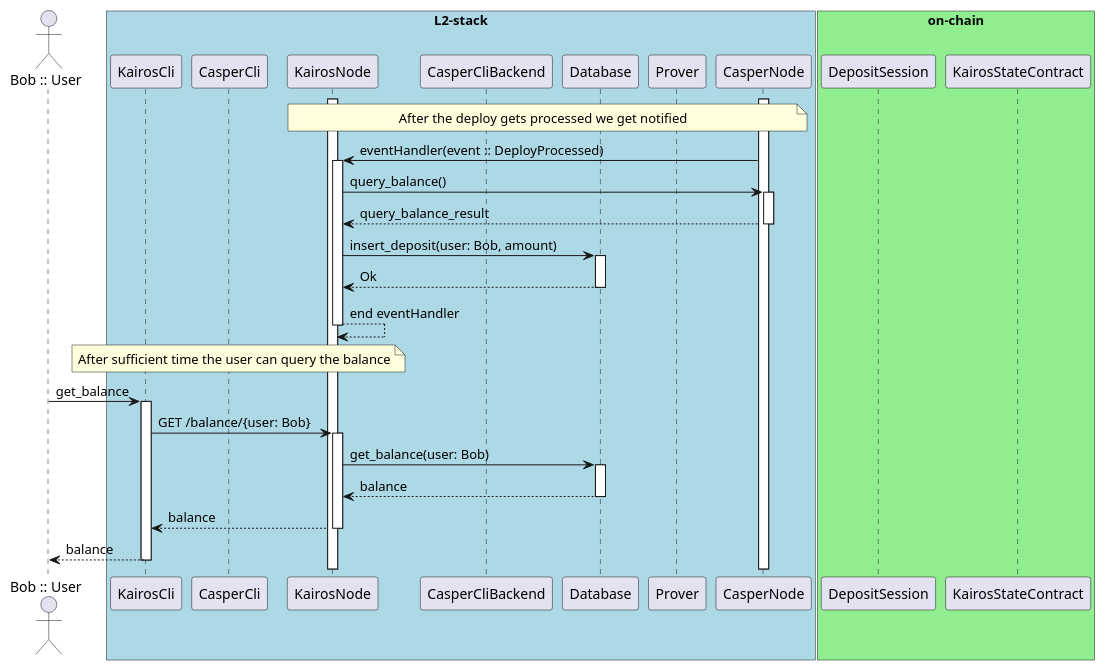
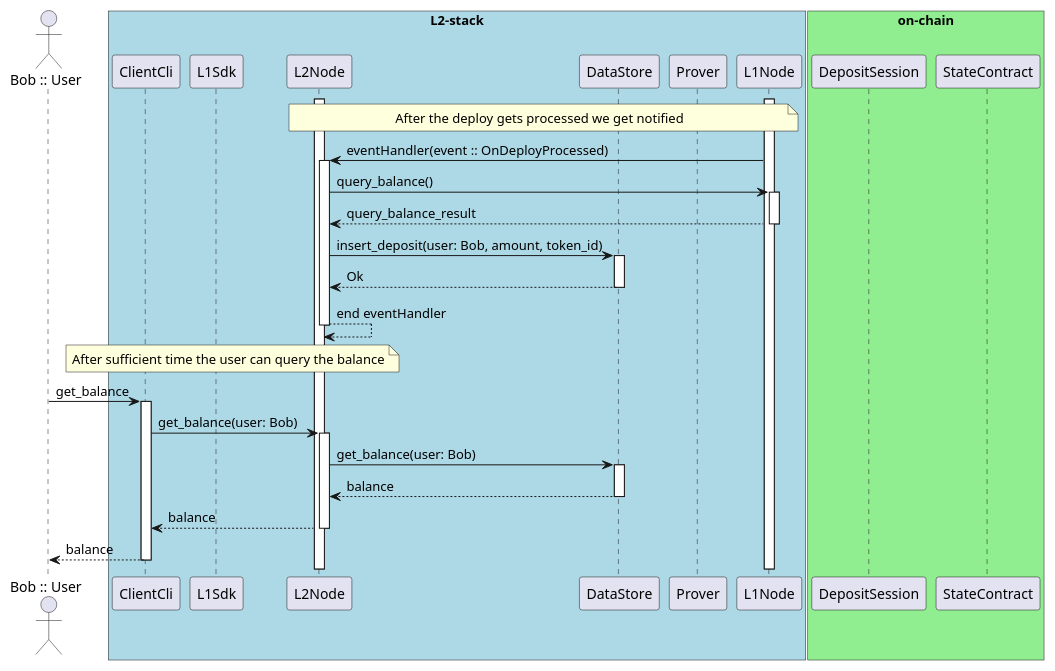
One commit to cspr-rad/kairos-spec changed the diagram in diagrams/deposit_sequence_diagram_notify_l2.puml. Above: the diagram before and after it, drawn with PlantUML. The commit also changed 6 other files, not shown here.

Commit message:
diagrams: update

```diff
--- a/diagrams/deposit_sequence_diagram_notify_l2.puml
+++ b/diagrams/deposit_sequence_diagram_notify_l2.puml
@@ -1,43 +1,42 @@
 @startuml
 autoactivate on
 actor "Bob :: User" as Bob
 box "L2-stack" #LightBlue
-participant KairosCli
-participant CasperCli
-participant KairosNode
-participant CasperCliBackend
-participant Database
+participant ClientCli
+participant L1Sdk
+participant L2Node
+participant DataStore
 participant Prover
-participant CasperNode
+participant L1Node
 end box
 box "on-chain" #LightGreen
 participant DepositSession
-participant KairosStateContract
+participant StateContract
 end box
 
-activate CasperNode
-activate KairosNode
+activate L1Node
+activate L2Node
 
-note over CasperNode, KairosNode
+note over L1Node, L2Node
 After the deploy gets processed we get notified
 end note
 
-CasperNode -> KairosNode: eventHandler(event :: DeployProcessed)
-KairosNode -> CasperNode: query_balance()
-CasperNode --> KairosNode: query_balance_result
+L1Node -> L2Node: eventHandler(event :: OnDeployProcessed)
+L2Node -> L1Node: query_balance()
+L1Node --> L2Node: query_balance_result
 
-KairosNode -> Database: insert_deposit(user: Bob, amount)
-Database --> KairosNode: Ok
-KairosNode --> KairosNode: end eventHandler
+L2Node -> DataStore: insert_deposit(user: Bob, amount, token_id)
+DataStore --> L2Node: Ok
+L2Node --> L2Node: end eventHandler
 
-note over KairosCli, KairosNode
+note over ClientCli, L2Node
 After sufficient time the user can query the balance
 end note
-Bob -> KairosCli: get_balance
-KairosCli -> KairosNode: GET /balance/{user: Bob}
-KairosNode -> Database: get_balance(user: Bob)
-Database --> KairosNode: balance
-KairosNode --> KairosCli: balance
-KairosCli --> Bob: balance
+Bob -> ClientCli: get_balance
+ClientCli -> L2Node: get_balance(user: Bob)
+L2Node -> DataStore: get_balance(user: Bob)
+DataStore --> L2Node: balance
+L2Node --> ClientCli: balance
+ClientCli --> Bob: balance
 
 @enduml
```
